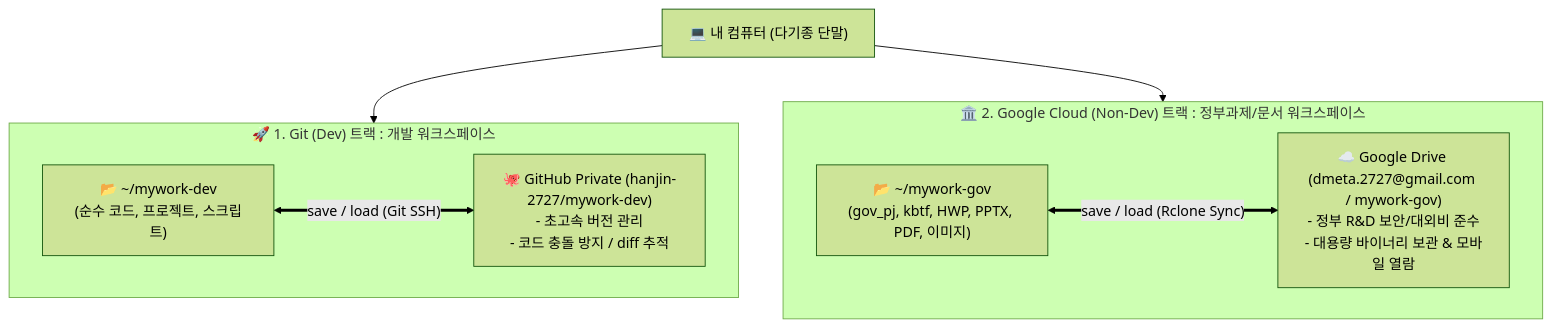
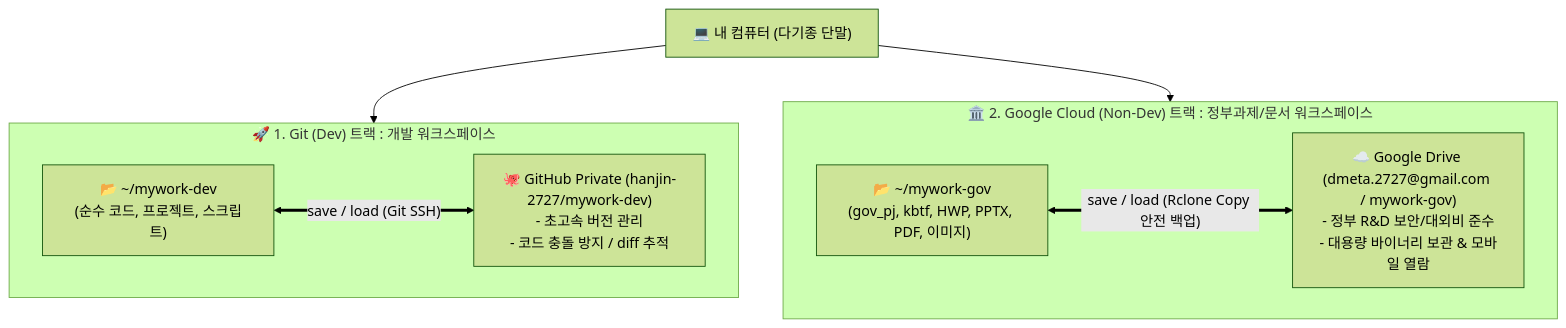
Before and after one commit to Hanjin-2727/mywork-dev: the first of 2 diagrams in skill/syn.between.ter.cloud.md, drawn with Mermaid (forest theme). The commit also changed other lines of this file, not shown here.

Commit message:
docs: 구글 드라이브 동기화를 rclone copy 기반 안전 백업 모드로 전환 (단말 간 삭제 방지)

````diff
--- a/skill/syn.between.ter.cloud.md
+++ b/skill/syn.between.ter.cloud.md
@@ -12,19 +12,19 @@
 ```mermaid
 flowchart TD
     User["💻 내 컴퓨터 (다기종 단말)"]
 
     subgraph DevTrack ["🚀 1. Git (Dev) 트랙 : 개발 워크스페이스"]
         D_Local["📂 ~/mywork-dev\n(순수 코드, 프로젝트, 스크립트)"]
         D_Cloud["🐙 GitHub Private (hanjin-2727/mywork-dev)\n- 초고속 버전 관리\n- 코드 충돌 방지 / diff 추적"]
         D_Local <== "save / load (Git SSH)" ==> D_Cloud
     end
 
     subgraph NonDevTrack ["🏛️ 2. Google Cloud (Non-Dev) 트랙 : 정부과제/문서 워크스페이스"]
         G_Local["📂 ~/mywork-gov\n(gov_pj, kbtf, HWP, PPTX, PDF, 이미지)"]
         G_Cloud["☁️ Google Drive (dmeta.2727@gmail.com / mywork-gov)\n- 정부 R&D 보안/대외비 준수\n- 대용량 바이너리 보관 & 모바일 열람"]
-        G_Local <== "save / load (Rclone Sync)" ==> G_Cloud
+        G_Local <== "save / load (Rclone Copy 안전 백업)" ==> G_Cloud
     end
 
     User --> DevTrack
     User --> NonDevTrack
 ```
````
